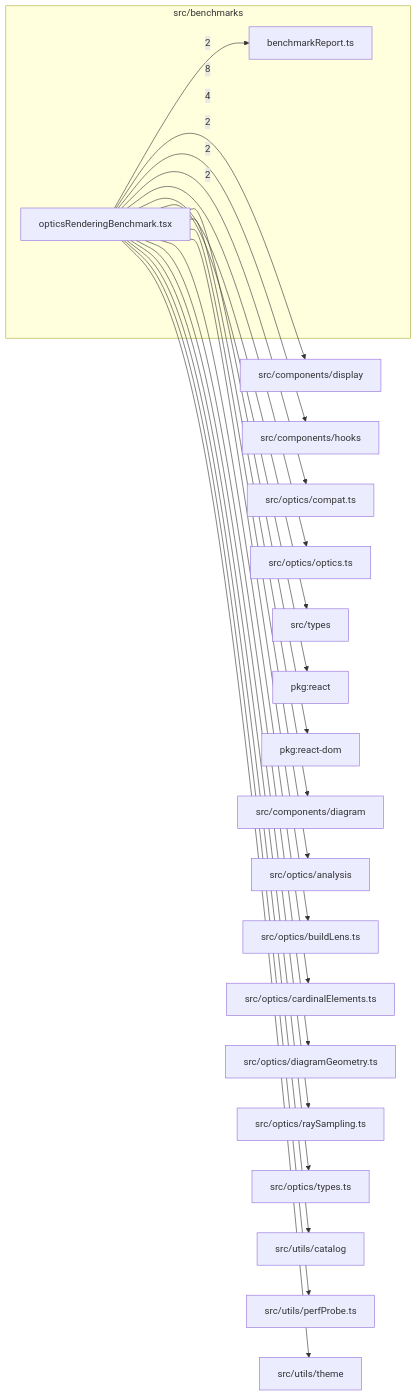
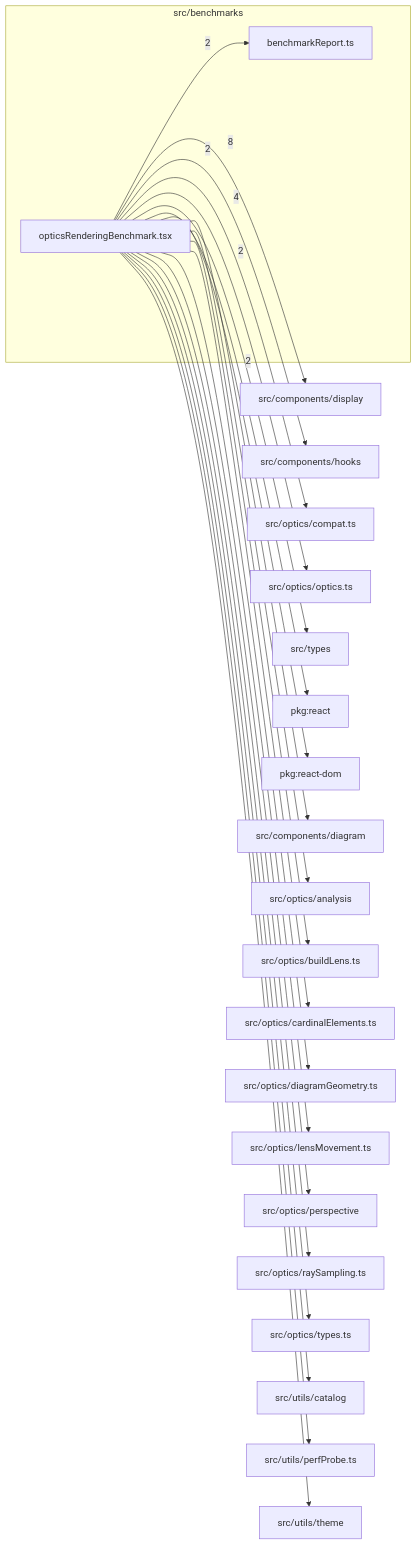
Before and after one commit to ronbuening/LensVisualizer: the diagram in src/benchmarks/readme.md, drawn with Mermaid. The commit also changed other lines of this file and 155 other files, not shown here.

````diff
--- a/src/benchmarks/readme.md
+++ b/src/benchmarks/readme.md
@@ -9,42 +9,46 @@
 ```mermaid
 flowchart LR
   subgraph n_src_benchmarks["src/benchmarks"]
     n_src_benchmarks_src_benchmarks_benchmarkReport_ts["benchmarkReport.ts"]
     n_src_benchmarks_src_benchmarks_opticsRenderingBenchmark_tsx["opticsRenderingBenchmark.tsx"]
   end
   n_external_src_components_display["src/components/display"]
   n_external_src_components_hooks["src/components/hooks"]
   n_external_src_optics_compat_ts["src/optics/compat.ts"]
   n_external_src_optics_optics_ts["src/optics/optics.ts"]
   n_external_src_types["src/types"]
   n_external_pkg_react["pkg:react"]
   n_external_pkg_react_dom["pkg:react-dom"]
   n_external_src_components_diagram["src/components/diagram"]
   n_external_src_optics_analysis["src/optics/analysis"]
   n_external_src_optics_buildLens_ts["src/optics/buildLens.ts"]
   n_external_src_optics_cardinalElements_ts["src/optics/cardinalElements.ts"]
   n_external_src_optics_diagramGeometry_ts["src/optics/diagramGeometry.ts"]
+  n_external_src_optics_lensMovement_ts["src/optics/lensMovement.ts"]
+  n_external_src_optics_perspective["src/optics/perspective"]
   n_external_src_optics_raySampling_ts["src/optics/raySampling.ts"]
   n_external_src_optics_types_ts["src/optics/types.ts"]
   n_external_src_utils_catalog["src/utils/catalog"]
   n_external_src_utils_perfProbe_ts["src/utils/perfProbe.ts"]
   n_external_src_utils_theme["src/utils/theme"]
   n_src_benchmarks_src_benchmarks_opticsRenderingBenchmark_tsx --> |8| n_external_src_components_display
   n_src_benchmarks_src_benchmarks_opticsRenderingBenchmark_tsx --> |4| n_external_src_components_hooks
   n_src_benchmarks_src_benchmarks_opticsRenderingBenchmark_tsx --> |2| n_external_src_optics_compat_ts
   n_src_benchmarks_src_benchmarks_opticsRenderingBenchmark_tsx --> |2| n_external_src_optics_optics_ts
   n_src_benchmarks_src_benchmarks_opticsRenderingBenchmark_tsx --> |2| n_external_src_types
   n_src_benchmarks_src_benchmarks_opticsRenderingBenchmark_tsx --> |2| n_src_benchmarks_src_benchmarks_benchmarkReport_ts
   n_src_benchmarks_src_benchmarks_opticsRenderingBenchmark_tsx --> n_external_pkg_react
   n_src_benchmarks_src_benchmarks_opticsRenderingBenchmark_tsx --> n_external_pkg_react_dom
   n_src_benchmarks_src_benchmarks_opticsRenderingBenchmark_tsx --> n_external_src_components_diagram
   n_src_benchmarks_src_benchmarks_opticsRenderingBenchmark_tsx --> n_external_src_optics_analysis
   n_src_benchmarks_src_benchmarks_opticsRenderingBenchmark_tsx --> n_external_src_optics_buildLens_ts
   n_src_benchmarks_src_benchmarks_opticsRenderingBenchmark_tsx --> n_external_src_optics_cardinalElements_ts
   n_src_benchmarks_src_benchmarks_opticsRenderingBenchmark_tsx --> n_external_src_optics_diagramGeometry_ts
+  n_src_benchmarks_src_benchmarks_opticsRenderingBenchmark_tsx --> n_external_src_optics_lensMovement_ts
+  n_src_benchmarks_src_benchmarks_opticsRenderingBenchmark_tsx --> n_external_src_optics_perspective
   n_src_benchmarks_src_benchmarks_opticsRenderingBenchmark_tsx --> n_external_src_optics_raySampling_ts
   n_src_benchmarks_src_benchmarks_opticsRenderingBenchmark_tsx --> n_external_src_optics_types_ts
   n_src_benchmarks_src_benchmarks_opticsRenderingBenchmark_tsx --> n_external_src_utils_catalog
   n_src_benchmarks_src_benchmarks_opticsRenderingBenchmark_tsx --> n_external_src_utils_perfProbe_ts
   n_src_benchmarks_src_benchmarks_opticsRenderingBenchmark_tsx --> n_external_src_utils_theme
 ```
````
